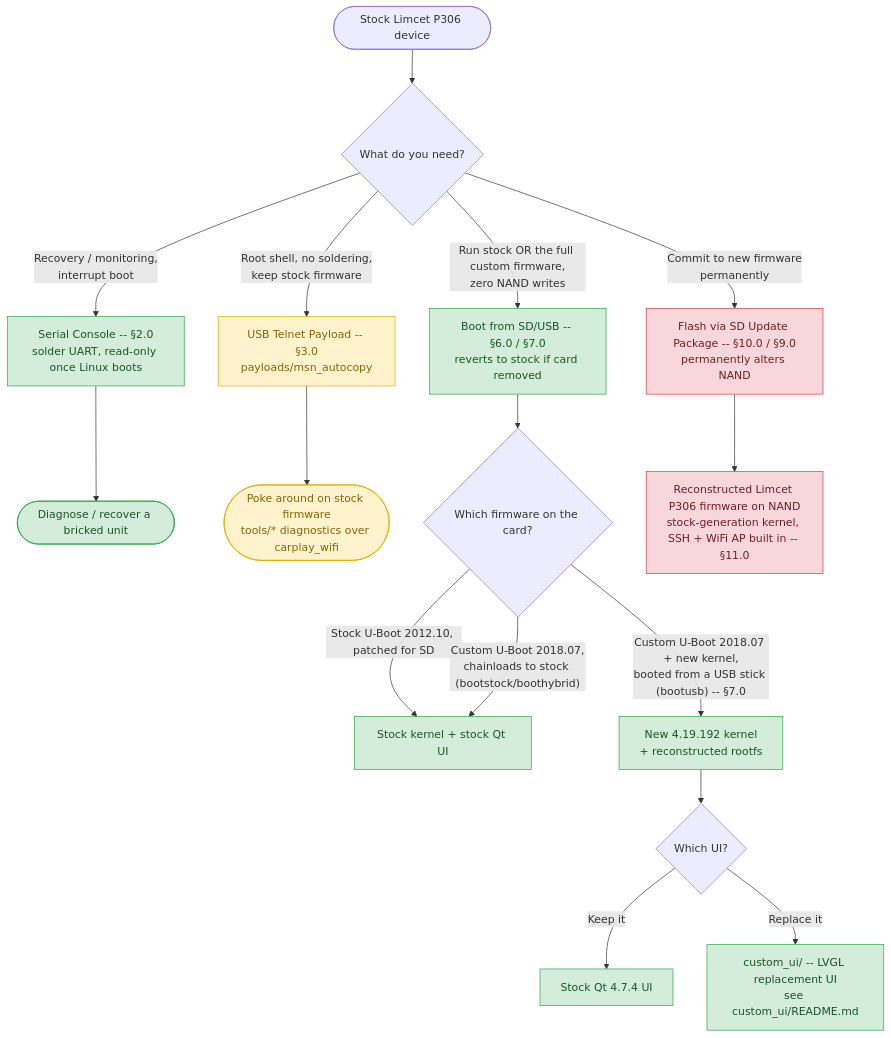
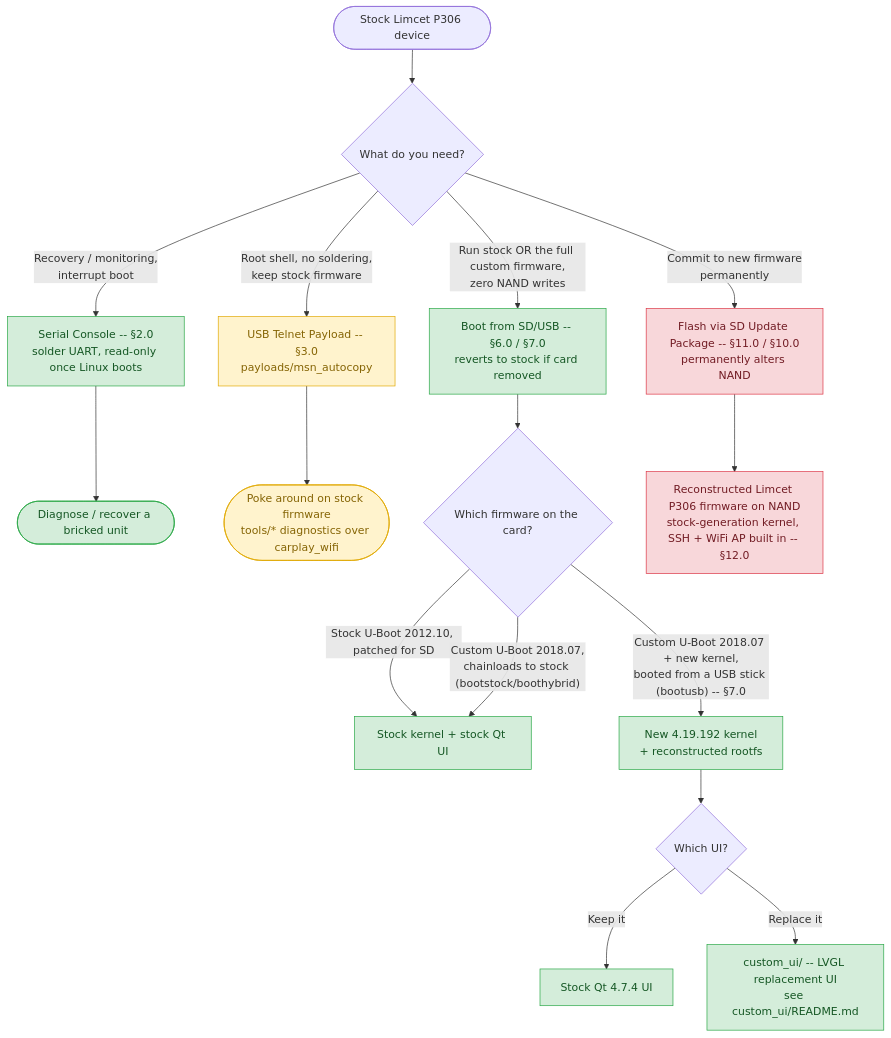
Before and after one commit to yogihybo/Limcet-P305-Box-Android-Auto-Carplay: the diagram in README.md, drawn with Mermaid. The commit also changed other lines of this file and 16 other files, not shown here.

````diff
--- a/README.md
+++ b/README.md
@@ -11,30 +11,30 @@
 ```mermaid
 flowchart TD
     Start(["Stock Limcet P306 device"]) --> Q1{"What do you need?"}
 
     Q1 -->|"Recovery / monitoring,<br/>interrupt boot"| Serial["Serial Console -- §2.0<br/>solder UART, read-only once Linux boots"]
     Q1 -->|"Root shell, no soldering,<br/>keep stock firmware"| Telnet["USB Telnet Payload -- §3.0<br/>payloads/msn_autocopy"]
     Q1 -->|"Run stock OR the full custom firmware,<br/>zero NAND writes"| SDBoot["Boot from SD/USB -- §6.0 / §7.0<br/>reverts to stock if card removed"]
-    Q1 -->|"Commit to new firmware<br/>permanently"| Flash["Flash via SD Update Package -- §10.0 / §9.0<br/>permanently alters NAND"]
+    Q1 -->|"Commit to new firmware<br/>permanently"| Flash["Flash via SD Update Package -- §11.0 / §10.0<br/>permanently alters NAND"]
 
     Serial --> Diagnose(["Diagnose / recover a bricked unit"])
     Telnet --> Poke(["Poke around on stock firmware<br/>tools/* diagnostics over carplay_wifi"])
 
     SDBoot --> Q2{"Which firmware on the card?"}
     Q2 -->|"Stock U-Boot 2012.10, patched for SD"| StockPath["Stock kernel + stock Qt UI"]
     Q2 -->|"Custom U-Boot 2018.07,<br/>chainloads to stock (bootstock/boothybrid)"| StockPath
     Q2 -->|"Custom U-Boot 2018.07 + new kernel,<br/>booted from a USB stick (bootusb) -- §7.0"| NewKernel["New 4.19.192 kernel<br/>+ reconstructed rootfs"]
 
-    Flash --> Recon["Reconstructed Limcet P306 firmware on NAND<br/>stock-generation kernel, SSH + WiFi AP built in -- §11.0"]
+    Flash --> Recon["Reconstructed Limcet P306 firmware on NAND<br/>stock-generation kernel, SSH + WiFi AP built in -- §12.0"]
 
     NewKernel --> Q3{"Which UI?"}
     Q3 -->|"Keep it"| StockUI["Stock Qt 4.7.4 UI"]
     Q3 -->|"Replace it"| CustomUI["custom_ui/ -- LVGL replacement UI<br/>see custom_ui/README.md"]
 
     classDef lowrisk fill:#d4edda,stroke:#28a745,color:#155724
     classDef medrisk fill:#fff3cd,stroke:#e0a800,color:#856404
     classDef highrisk fill:#f8d7da,stroke:#dc3545,color:#721c24
     class Serial,SDBoot,Diagnose,StockPath,StockUI,NewKernel,CustomUI lowrisk
     class Telnet,Poke medrisk
     class Flash,Recon highrisk
 ```
````
